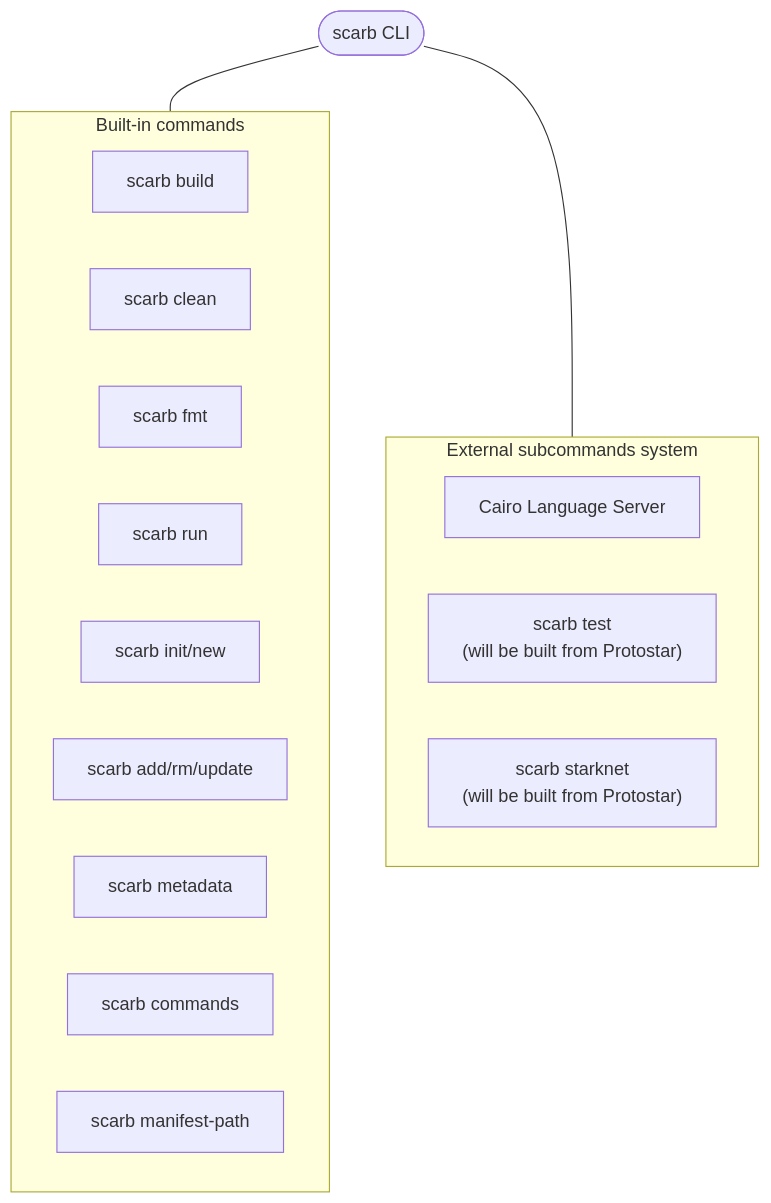
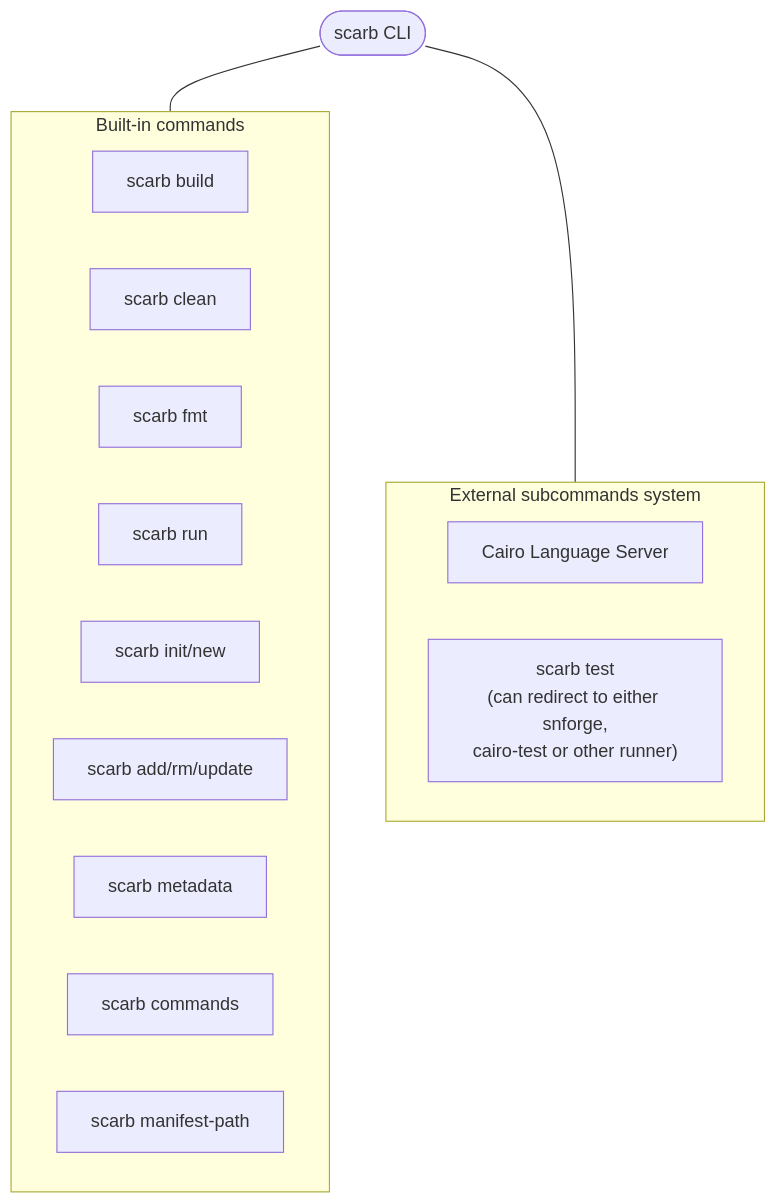
Before and after one commit to software-mansion/scarb: the first of 2 diagrams in ARCHITECTURE.md, drawn with Mermaid. The commit also changed other lines of this file and 6 other files, not shown here.

````diff
--- a/ARCHITECTURE.md
+++ b/ARCHITECTURE.md
@@ -10,24 +10,23 @@
 ```mermaid
 flowchart TD
     scarb([scarb CLI])
     scarb---BUILTIN_CMDS
     scarb---EXT_CMDS
     subgraph BUILTIN_CMDS ["Built-in commands"]
         direction LR
         BLD[scarb build]
         CLN[scarb clean]
         FMT[scarb fmt]
         RUN[scarb run]
         NEW[scarb init/new]
         UPD[scarb add/rm/update]
         MET[scarb metadata]
         CMD[scarb commands]
         MAN[scarb manifest-path]
     end
     subgraph EXT_CMDS ["External subcommands system"]
         direction LR
         CAIRO_LS["Cairo Language Server"]
-        PROTOSTAR["scarb test\n(will be built from Protostar)"]
-        STARKNET["scarb starknet\n(will be built from Protostar)"]
+        SNFORGE["scarb test\n(can redirect to either snforge,\ncairo-test or other runner)"]
     end
 ```
````
